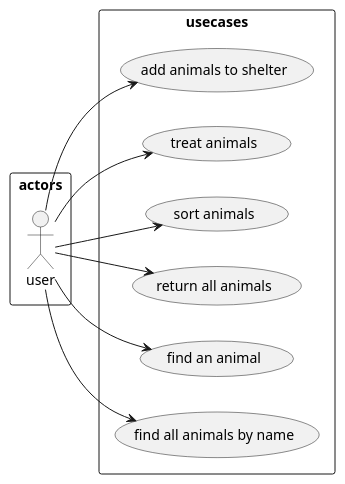
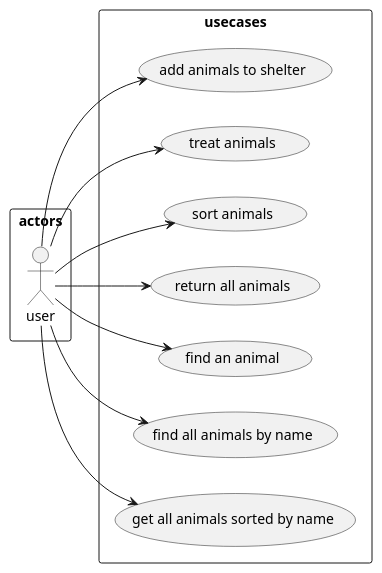
One commit to intec-cmanuel/java_september_2023_analysis changed the diagram in analysis/UseCaseDiagram.puml. Above: the diagram before and after it, drawn with PlantUML. The commit also changed 8 other files, not shown here.

```diff
--- a/analysis/UseCaseDiagram.puml
+++ b/analysis/UseCaseDiagram.puml
@@ -1,24 +1,26 @@
 @startuml
 left to right direction
 
 rectangle actors {
 :user:
 }
 
 rectangle usecases {
 (add animals to shelter) as add
 (treat animals) as treat
 (sort animals) as sort
 (return all animals) as getall
 (find an animal) as get
 (find all animals by name) as getname
+(get all animals sorted by name) as getsortname
 }
 
 user --> add
 user --> treat
 user --> sort
 user --> getall
 user --> get
 user --> getname
+user --> getsortname
 
 @enduml
```
